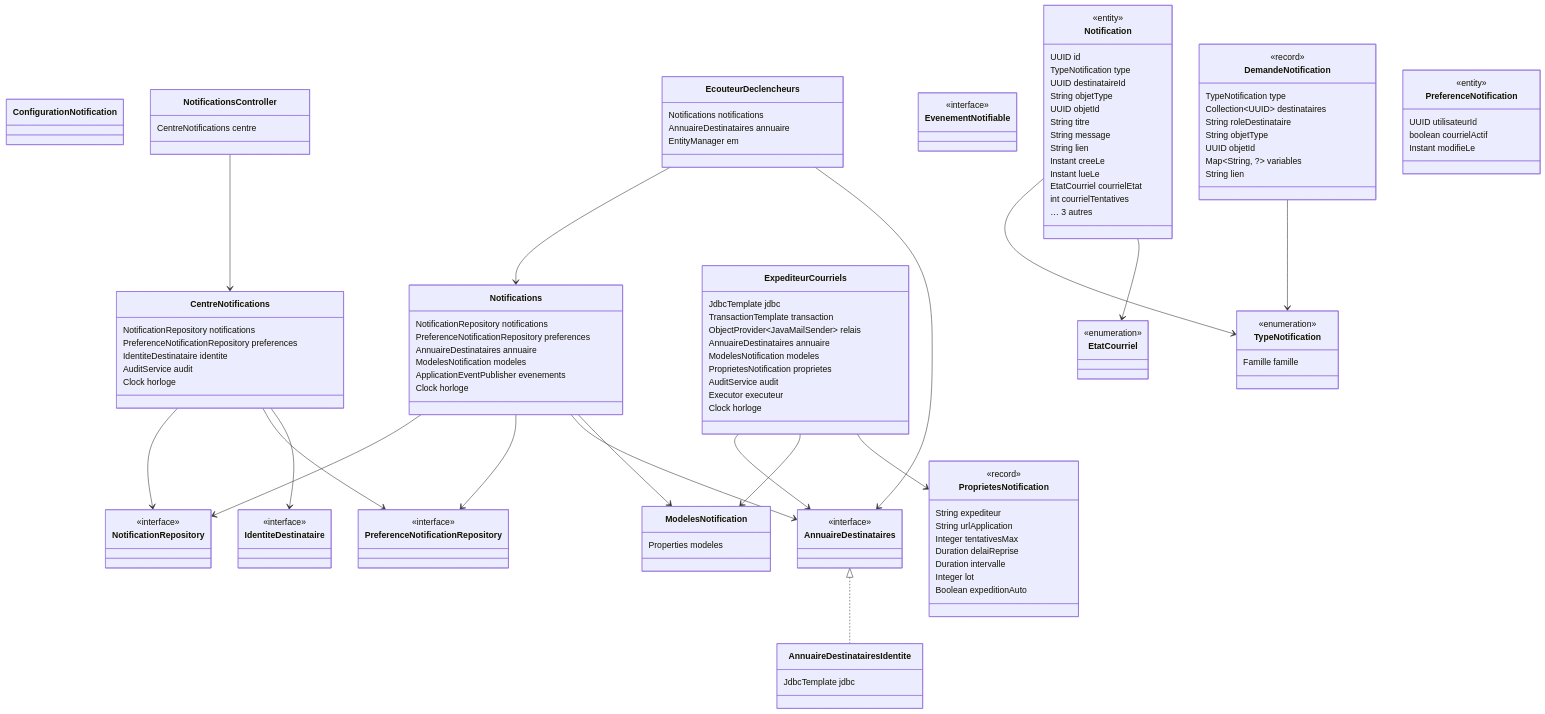
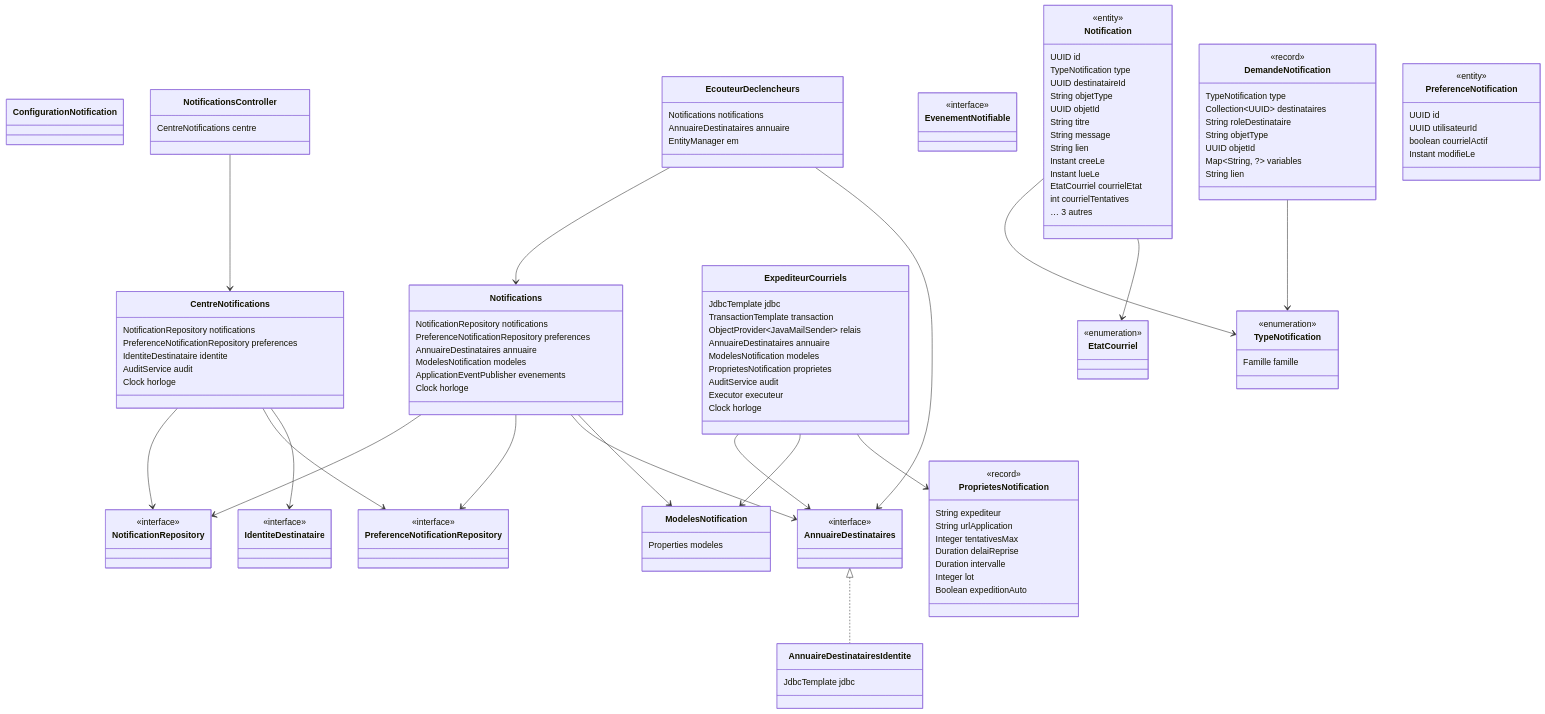
Diagram 15 of 24 in docs/modelisation/CLASSES.md (abddou2000/GED), drawn with Mermaid before and after one commit. The commit also changed 10 other files, not shown here.

```diff
--- a/docs/modelisation/CLASSES.md
+++ b/docs/modelisation/CLASSES.md
@@ -1684,6 +1684,7 @@
   }
   class PreferenceNotification {
     <<entity>>
+    UUID id
     UUID utilisateurId
     boolean courrielActif
     Instant modifieLe
```
